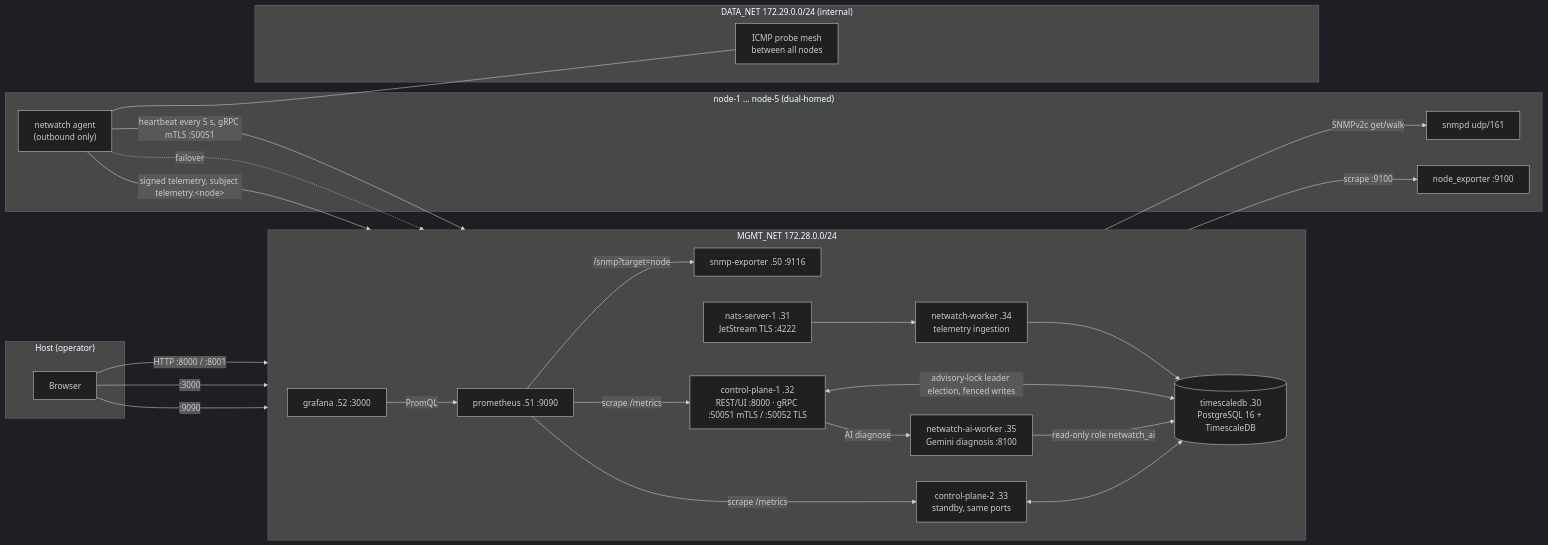
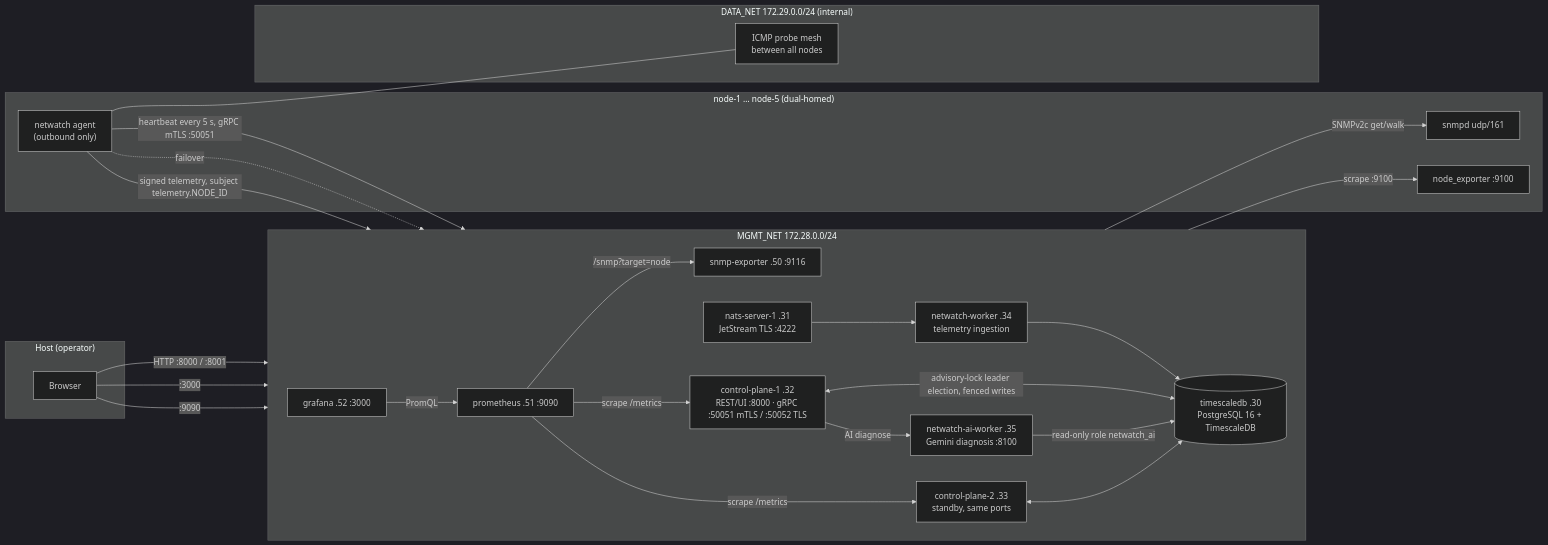
One commit to ryn-is-not-available/netwatch changed the diagram in docs/architecture.md. Above: the diagram before and after it, drawn with Mermaid (dark theme). The commit also changed other lines of this file and 5 other files, not shown here.

````diff
--- a/docs/architecture.md
+++ b/docs/architecture.md
@@ -17,49 +17,49 @@
 ```mermaid
 flowchart LR
     subgraph HOST["Host (operator)"]
         browser["Browser"]
     end
 
     subgraph MGMT["MGMT_NET 172.28.0.0/24"]
         direction LR
         cp1["control-plane-1 .32<br/>REST/UI :8000 · gRPC :50051 mTLS / :50052 TLS"]
         cp2["control-plane-2 .33<br/>standby, same ports"]
         db[("timescaledb .30<br/>PostgreSQL 16 + TimescaleDB")]
         nats["nats-server-1 .31<br/>JetStream TLS :4222"]
         worker["netwatch-worker .34<br/>telemetry ingestion"]
         ai["netwatch-ai-worker .35<br/>Gemini diagnosis :8100"]
         snmpx["snmp-exporter .50 :9116"]
         prom["prometheus .51 :9090"]
         graf["grafana .52 :3000"]
     end
 
     subgraph NODES["node-1 … node-5 (dual-homed)"]
         agent["netwatch agent<br/>(outbound only)"]
         snmpd["snmpd udp/161"]
         nodex["node_exporter :9100"]
     end
 
     subgraph DATA["DATA_NET 172.29.0.0/24 (internal)"]
         mesh["ICMP probe mesh<br/>between all nodes"]
     end
 
     browser -->|"HTTP :8000 / :8001"| cp1
     browser -->|":3000"| graf
     browser -->|":9090"| prom
 
     agent -->|"heartbeat every 5 s, gRPC mTLS :50051"| cp1
     agent -.->|"failover"| cp2
-    agent -->|"signed telemetry, subject telemetry.&lt;node&gt;"| nats
+    agent -->|"signed telemetry, subject telemetry.NODE_ID"| nats
     agent --- mesh
     nats --> worker --> db
     cp1 <-->|"advisory-lock leader election, fenced writes"| db
     cp2 <--> db
     cp1 -->|"AI diagnose"| ai
     ai -->|"read-only role netwatch_ai"| db
 
     prom -->|"/snmp?target=node"| snmpx -->|"SNMPv2c get/walk"| snmpd
     prom -->|"scrape :9100"| nodex
     prom -->|"scrape /metrics"| cp1
     prom -->|"scrape /metrics"| cp2
     graf -->|"PromQL"| prom
 ```
````
